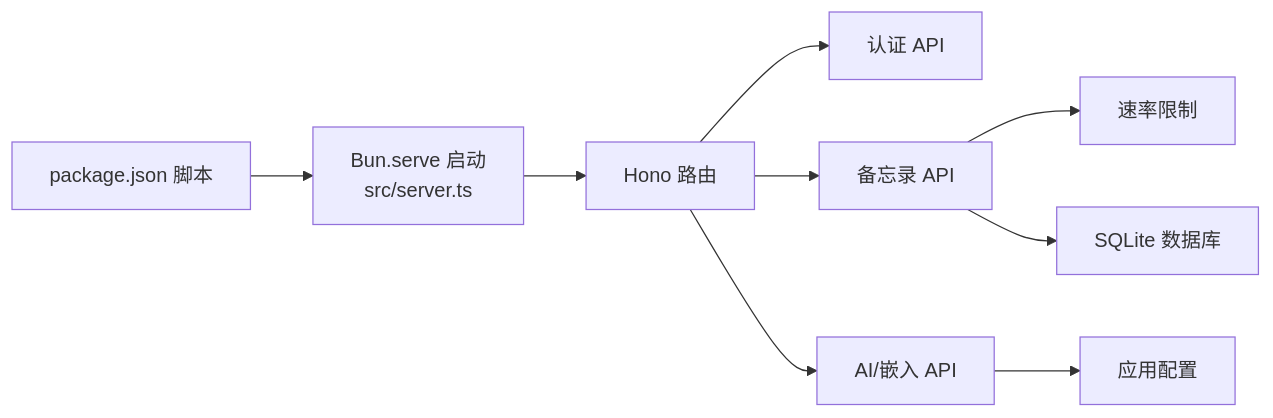
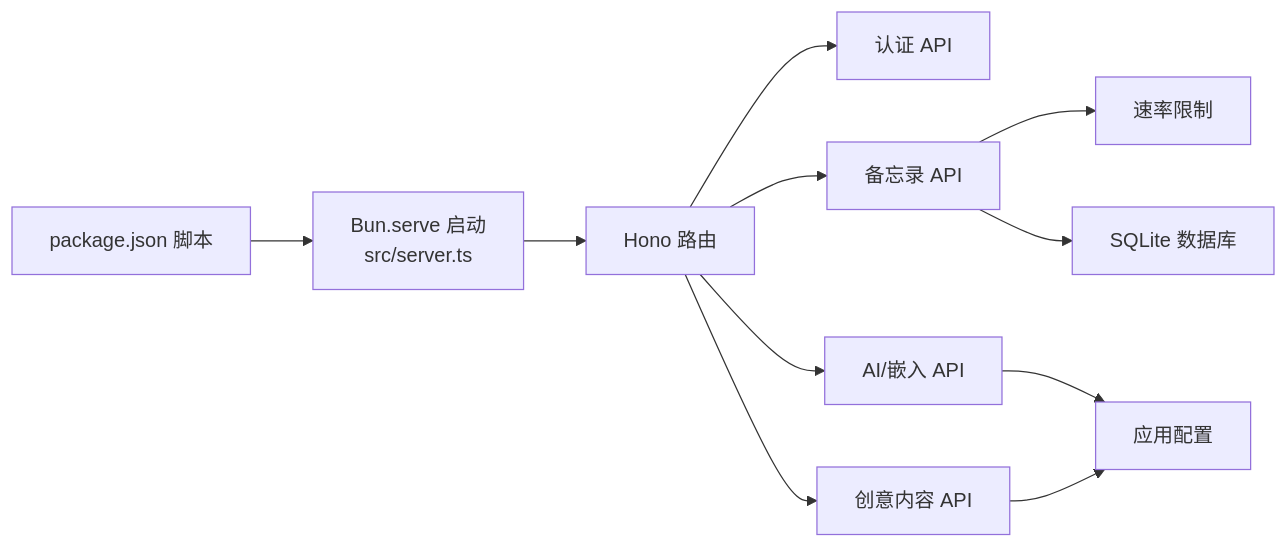
The eighth of 8 diagrams in .qoder/repowiki/zh/content/故障排除.md (BlackBoxRecorder/memos), drawn with Mermaid before and after one commit. The commit also changed other lines of this file and 3 other files, not shown here.

````diff
--- a/.qoder/repowiki/zh/content/故障排除.md
+++ b/.qoder/repowiki/zh/content/故障排除.md
@@ -328,11 +370,13 @@
 ```mermaid
 graph LR
 P["package.json 脚本"] --> S["Bun.serve 启动<br/>src/server.ts"]
 S --> H["Hono 路由"]
 H --> A1["认证 API"]
 H --> A2["备忘录 API"]
 H --> A3["AI/嵌入 API"]
+H --> A4["创意内容 API"]
 A2 --> RL["速率限制"]
 A2 --> DB["SQLite 数据库"]
 A3 --> CFG["应用配置"]
+A4 --> CFG
 ```
````
